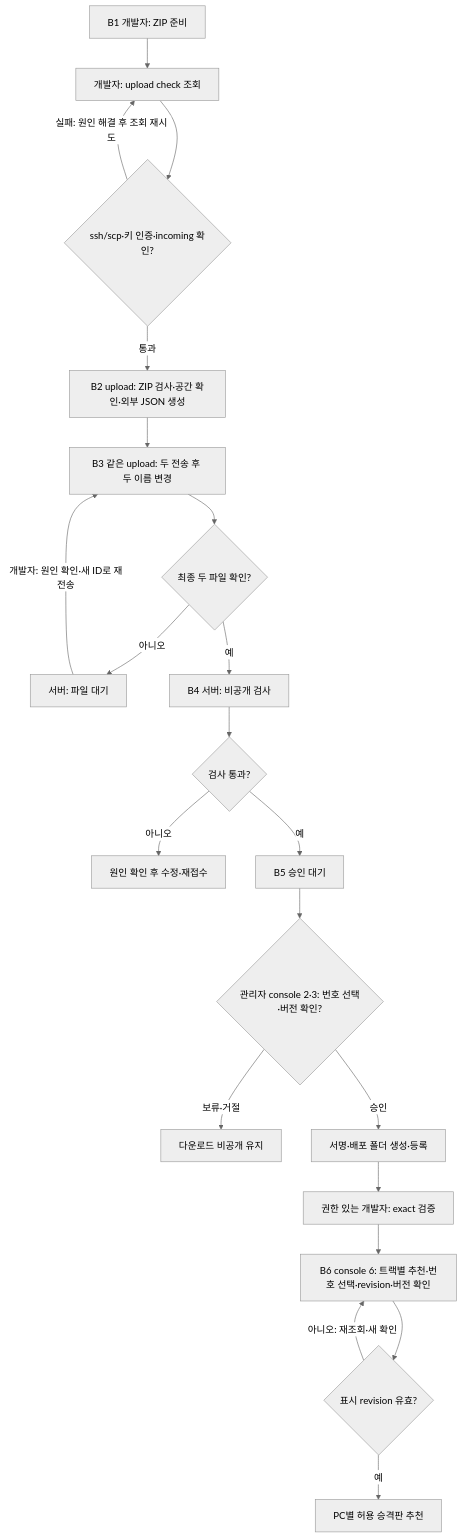
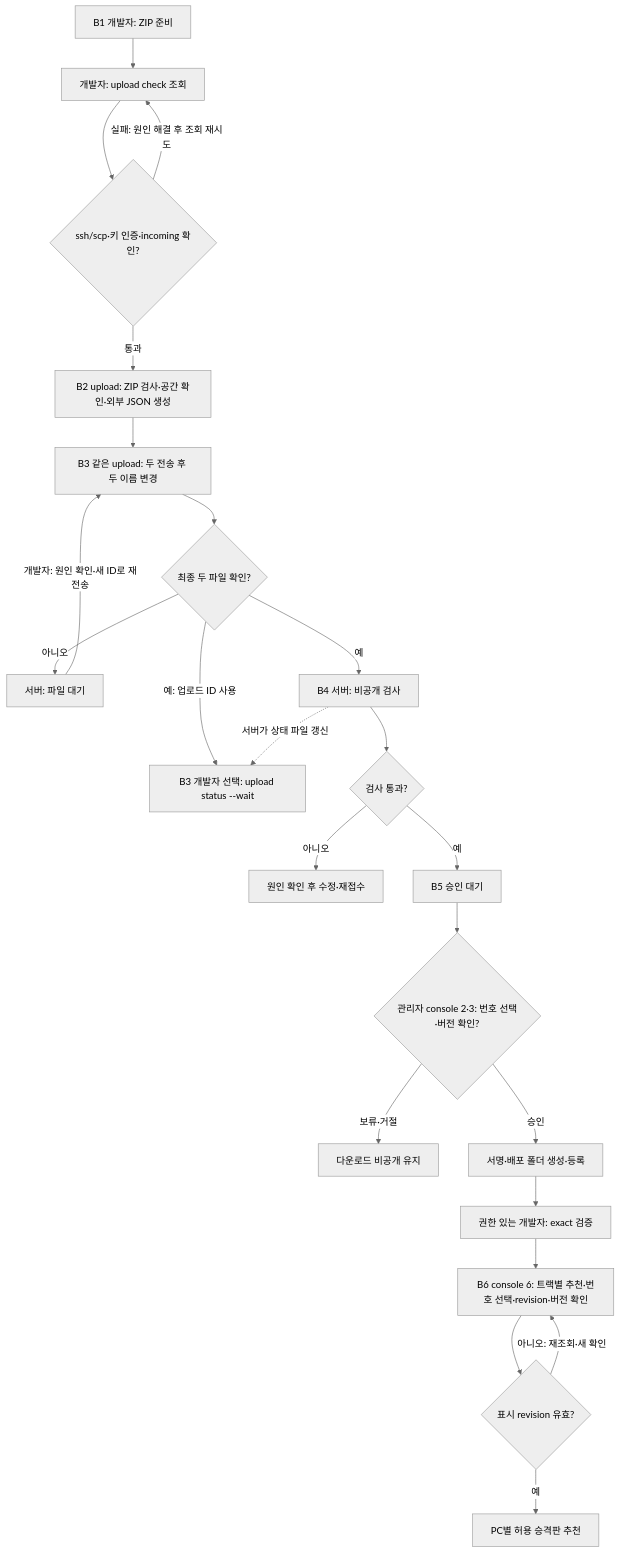
The second of 3 diagrams in docs/reference/feature-workflow.md (YonghoKwon/UE-DT-LAUNCHER), drawn with Mermaid (neutral theme) before and after one commit. The commit also changed other lines of this file and 13 other files, not shown here.

Commit message:
PROD-04A: Project upload status and query it over SSH

````diff
--- a/docs/reference/feature-workflow.md
+++ b/docs/reference/feature-workflow.md
@@ -212,23 +212,25 @@
 ```mermaid
 flowchart TD
     package["B1 개발자: ZIP 준비"] --> preflight["개발자: upload check 조회"]
     preflight --> checked{"ssh/scp·키 인증·incoming 확인?"}
     checked -->|"실패: 원인 해결 후 조회 재시도"| preflight
     checked -->|"통과"| metadata["B2 upload: ZIP 검사·공간 확인·외부 JSON 생성"]
     metadata --> upload["B3 같은 upload: 두 전송 후 두 이름 변경"]
     upload --> paired{"최종 두 파일 확인?"}
     paired -->|"아니오"| waiting["서버: 파일 대기"]
     waiting -->|"개발자: 원인 확인·새 ID로 재전송"| upload
     paired -->|"예"| validate["B4 서버: 비공개 검사"]
+    paired -->|"예: 업로드 ID 사용"| status["B3 개발자 선택: upload status --wait"]
+    validate -.->|"서버가 상태 파일 갱신"| status
     validate --> valid{"검사 통과?"}
     valid -->|"아니오"| fix["원인 확인 후 수정·재접수"]
     valid -->|"예"| pending["B5 승인 대기"]
     pending --> approved{"관리자 console 2·3: 번호 선택·버전 확인?"}
     approved -->|"보류·거절"| private["다운로드 비공개 유지"]
     approved -->|"승인"| publish["서명·배포 폴더 생성·등록"]
     publish --> developer["권한 있는 개발자: exact 검증"]
     developer --> promote["B6 console 6: 트랙별 추천·번호 선택·revision·버전 확인"]
     promote --> revision{"표시 revision 유효?"}
     revision -->|"예"| visible["PC별 허용 승격판 추천"]
     revision -->|"아니오: 재조회·새 확인"| promote
 ```
````
